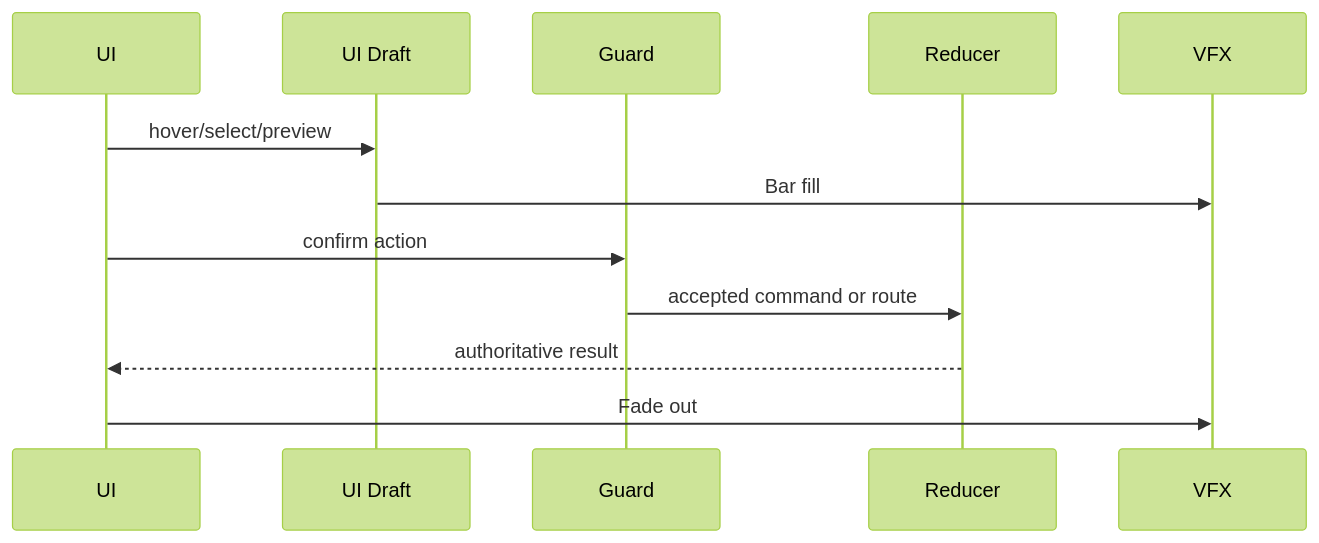
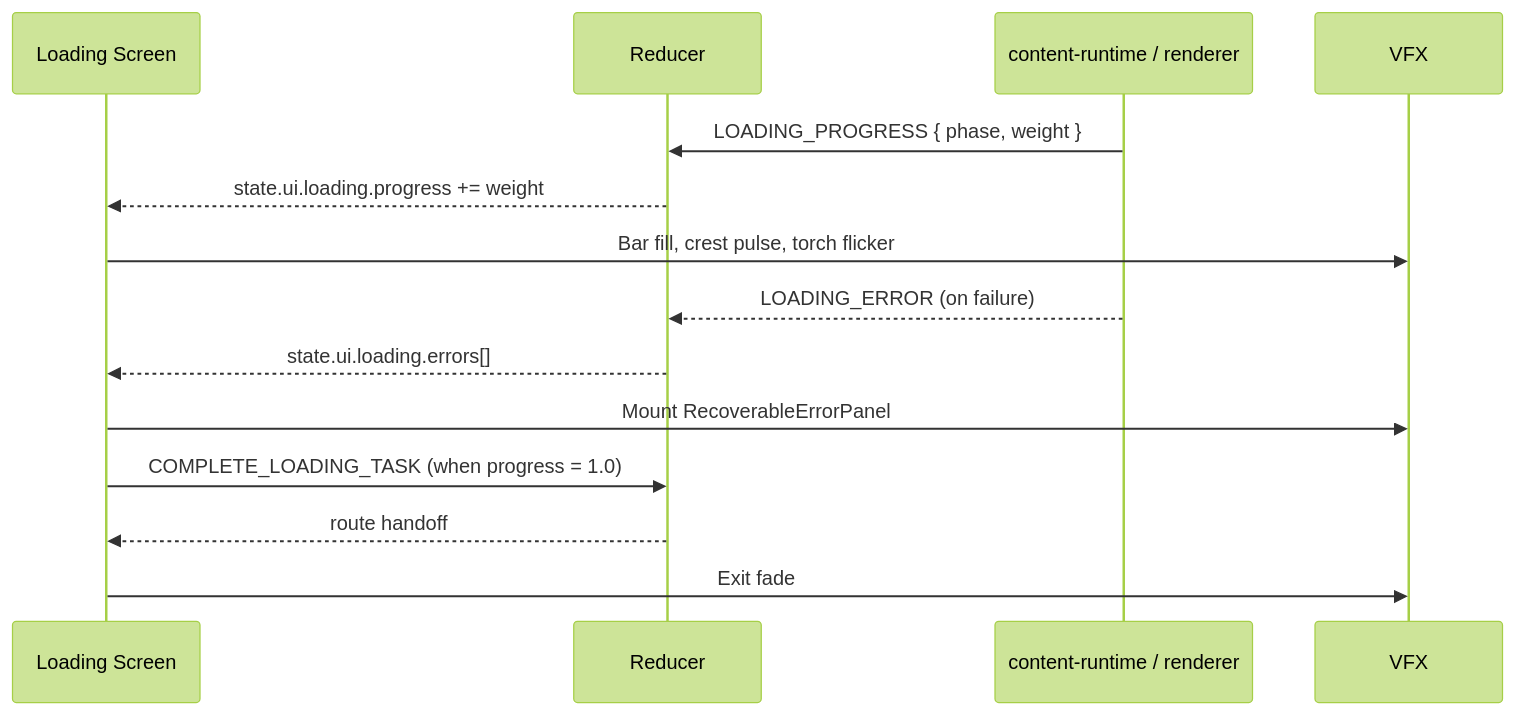
Before and after one commit to SunaNoOshiro/Heroes_Reforged_AI_Realms: the fourth of 5 diagrams in docs/architecture/wiki/screens/59-loading-screen/architecture.md, drawn with Mermaid (forest theme). The commit also changed other lines of this file and 518 other files, not shown here.

First line of the commit message:
Add doc-audit skill and sweep architecture/screen docs

````diff
--- a/docs/architecture/wiki/screens/59-loading-screen/architecture.md
+++ b/docs/architecture/wiki/screens/59-loading-screen/architecture.md
@@ -52,14 +55,16 @@
 ```mermaid
 sequenceDiagram
-  participant UI
-  participant Draft as UI Draft
-  participant Guard
+  participant UI as Loading Screen
   participant Reducer
+  participant Runtime as content-runtime / renderer
   participant VFX
-  UI->>Draft: hover/select/preview
-  Draft->>VFX: Bar fill
-  UI->>Guard: confirm action
-  Guard->>Reducer: accepted command or route
-  Reducer-->>UI: authoritative result
-  UI->>VFX: Fade out
+  Runtime->>Reducer: LOADING_PROGRESS { phase, weight }
+  Reducer-->>UI: state.ui.loading.progress += weight
+  UI->>VFX: Bar fill, crest pulse, torch flicker
+  Runtime-->>Reducer: LOADING_ERROR (on failure)
+  Reducer-->>UI: state.ui.loading.errors[]
+  UI->>VFX: Mount RecoverableErrorPanel
+  UI->>Reducer: COMPLETE_LOADING_TASK (when progress = 1.0)
+  Reducer-->>UI: route handoff
+  UI->>VFX: Exit fade
 ```
````
